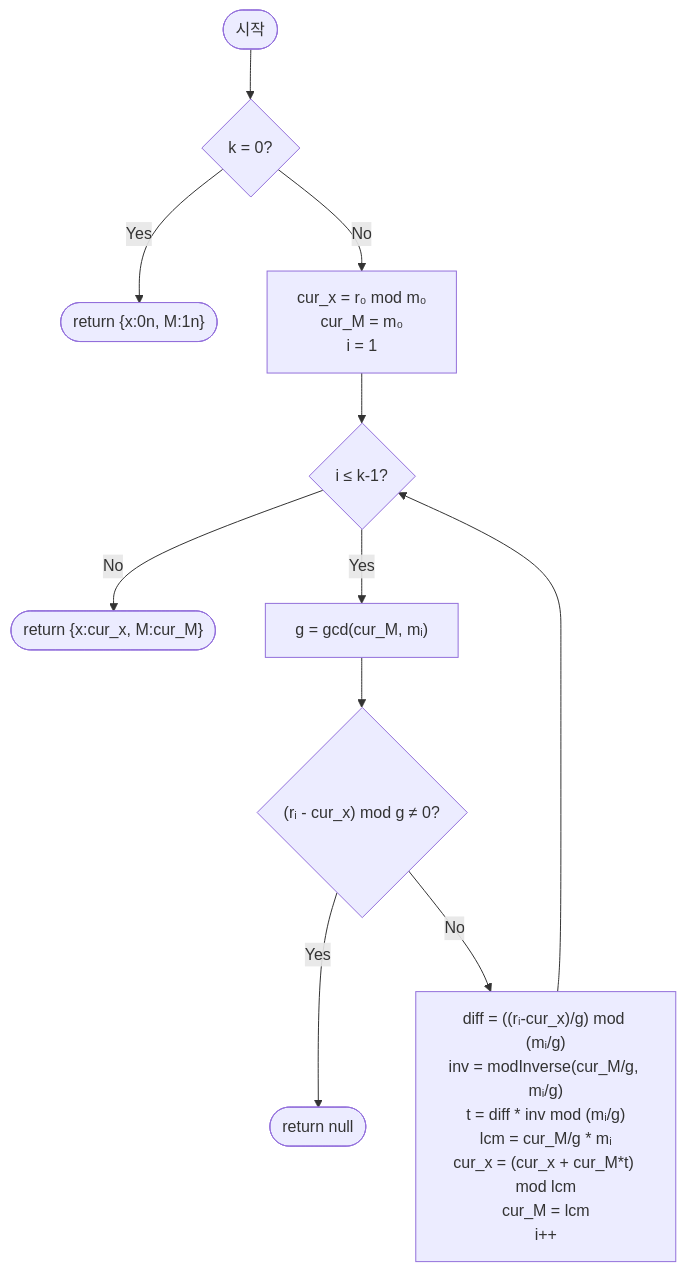
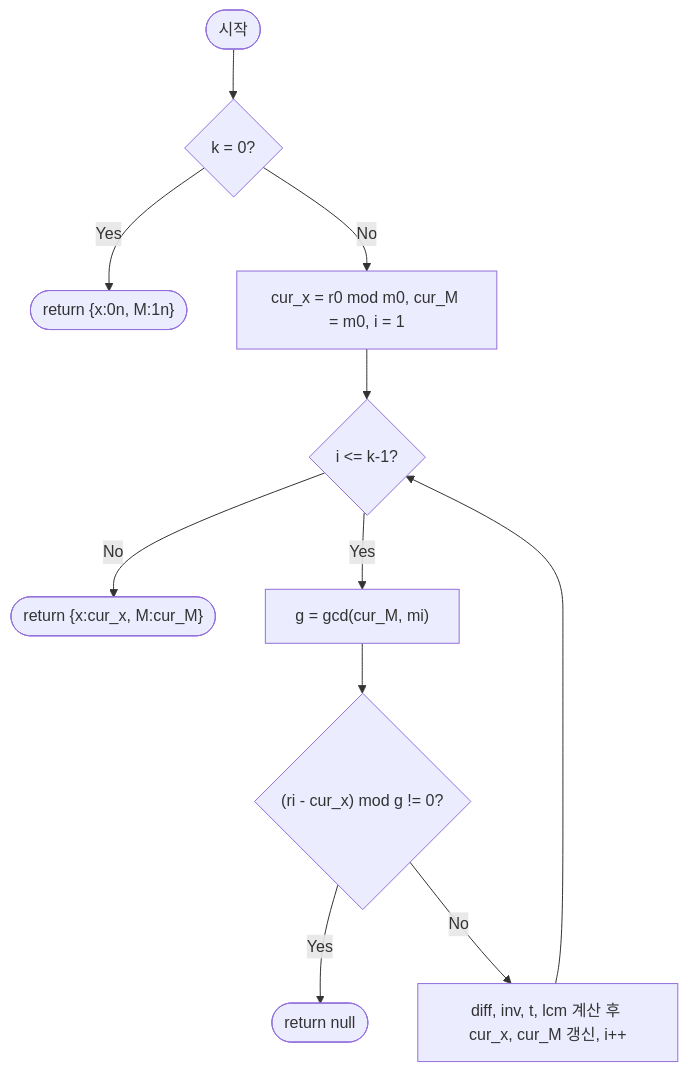
Before and after one commit to centurio1987/grow-up-programming: the diagram in src/algorithms/number-theory/crt/crt-guide.mdx, drawn with Mermaid. The commit also changed other lines of this file and 23 other files, not shown here.

````diff
--- a/src/algorithms/number-theory/crt/crt-guide.mdx
+++ b/src/algorithms/number-theory/crt/crt-guide.mdx
@@ -234,13 +329,13 @@
 ```mermaid
 flowchart TD
-    A([시작]) --> B{k = 0?}
+    A([시작]) --> B{"k = 0?"}
     B -- Yes --> C(["return {x:0n, M:1n}"])
-    B -- No  --> D["cur_x = r₀ mod m₀\ncur_M = m₀\ni = 1"]
-    D --> E{i ≤ k-1?}
+    B -- No  --> D["cur_x = r0 mod m0, cur_M = m0, i = 1"]
+    D --> E{"i <= k-1?"}
     E -- No  --> F(["return {x:cur_x, M:cur_M}"])
-    E -- Yes --> G["g = gcd(cur_M, mᵢ)"]
-    G --> H{"(rᵢ - cur_x) mod g ≠ 0?"}
+    E -- Yes --> G["g = gcd(cur_M, mi)"]
+    G --> H{"(ri - cur_x) mod g != 0?"}
     H -- Yes --> I([return null])
-    H -- No  --> J["diff = ((rᵢ-cur_x)/g) mod (mᵢ/g)\ninv = modInverse(cur_M/g, mᵢ/g)\nt = diff * inv mod (mᵢ/g)\nlcm = cur_M/g * mᵢ\ncur_x = (cur_x + cur_M*t) mod lcm\ncur_M = lcm\ni++"]
+    H -- No  --> J["diff, inv, t, lcm 계산 후 cur_x, cur_M 갱신, i++"]
     J --> E
 ```
````
